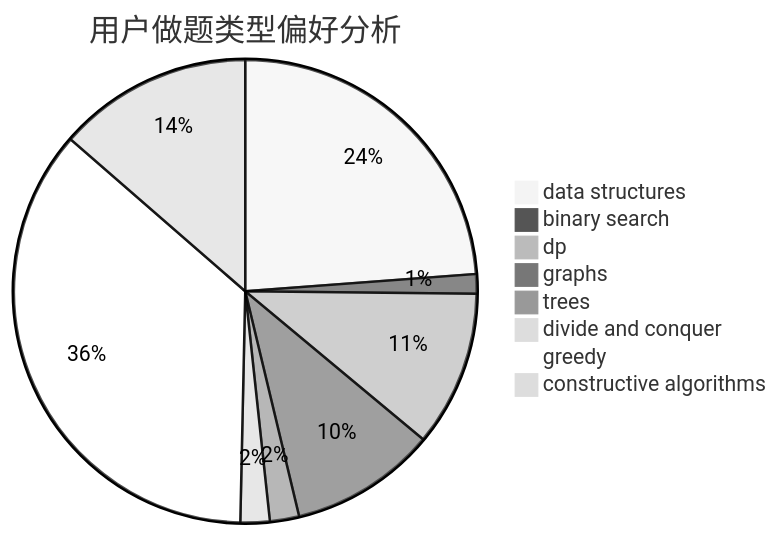
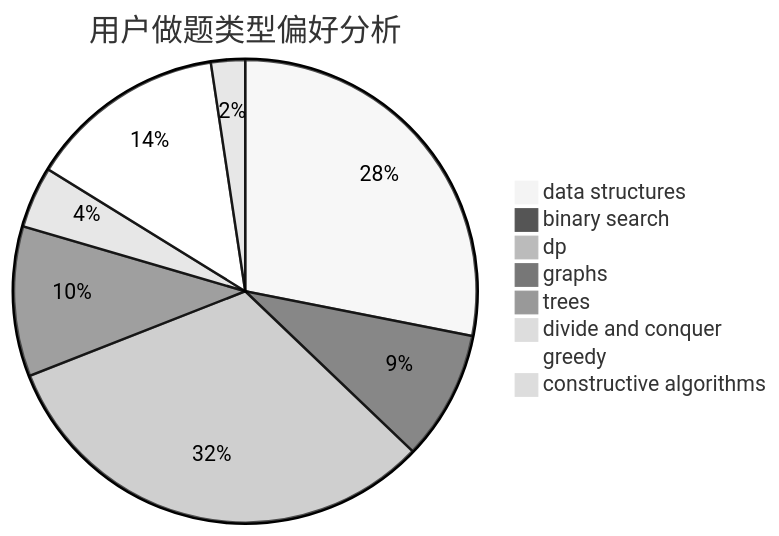
The second of 3 diagrams in docs/user/u1097.md (sherpahu/cfrs.github.io), drawn with Mermaid (neutral theme) before and after one commit. The commit also changed other lines of this file and 2770 other files, not shown here.

````diff
--- a/docs/user/u1097.md
+++ b/docs/user/u1097.md
@@ -23,11 +23,11 @@
 ```mermaid
 pie title 用户做题类型偏好分析
-    "data structures" :  35
-    "binary search" :  2
-    "dp" :  16
-    "graphs" :  15
-    "trees" :  3
-    "divide and conquer" :  3
-    "greedy" :  53
-    "constructive algorithms" :  20
+    "data structures" :  59
+    "binary search" :  19
+    "dp" :  67
+    "graphs" :  22
+    "trees" :  1
+    "divide and conquer" :  9
+    "greedy" :  29
+    "constructive algorithms" :  5
 ```
````
